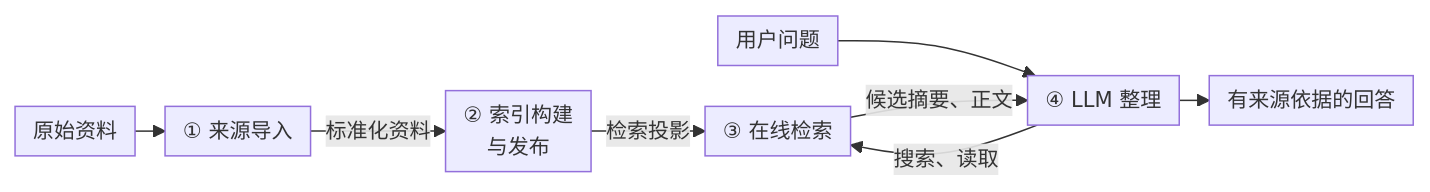
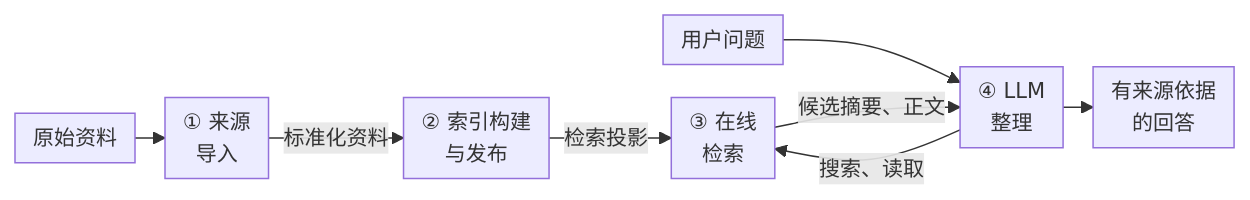
Before and after one commit to def-a-name/learn-corpus: the first of 5 diagrams in docs/architecture.md, drawn with Mermaid. The commit also changed other lines of this file and 1 other file, not shown here.

Commit message:
docs: 调整 Mermaid 布局避免 GitHub 控件遮挡
- 为 README 和整体流程图的节点文字添加换行
- 增加整体流程与 MCP 结构图的外围留白

````diff
--- a/docs/architecture.md
+++ b/docs/architecture.md
@@ -9,24 +9,24 @@
 ```mermaid
 ---
 config:
   look: classic
   layout: dagre
   themeVariables:
     fontSize: 14px
   flowchart:
     minNodeWidth: 0
     wrappingWidth: 160
     nodeSpacing: 16
     rankSpacing: 20
-    diagramPadding: 4
+    diagramPadding: 96
     padding: 6
 ---
 flowchart LR
-    R["原始资料"] --> D["① 来源导入"]
+    R["原始资料"] --> D["① 来源<br/>导入"]
     D -->|标准化资料| B["② 索引构建<br/>与发布"]
-    B -->|检索投影| Q["③ 在线检索"]
-    U["用户问题"] --> A["④ LLM 整理"]
+    B -->|检索投影| Q["③ 在线<br/>检索"]
+    U["用户问题"] --> A["④ LLM<br/>整理"]
     A -->|搜索、读取| Q
     Q -->|候选摘要、正文| A
-    A --> O["有来源依据的回答"]
+    A --> O["有来源依据<br/>的回答"]
 ```
````
